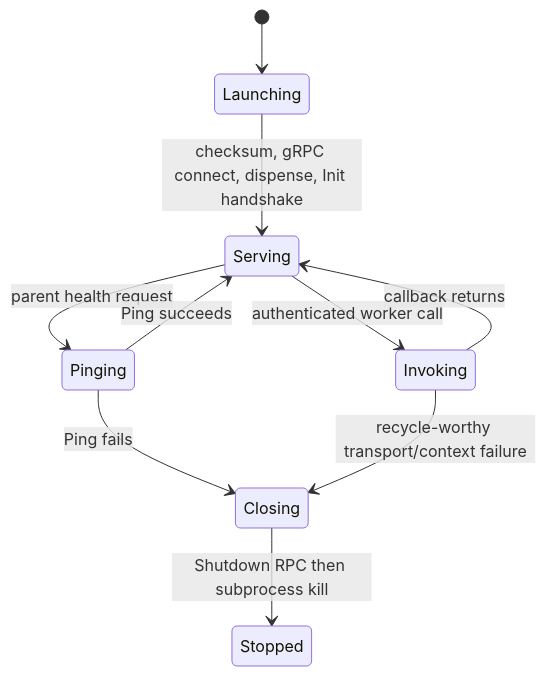
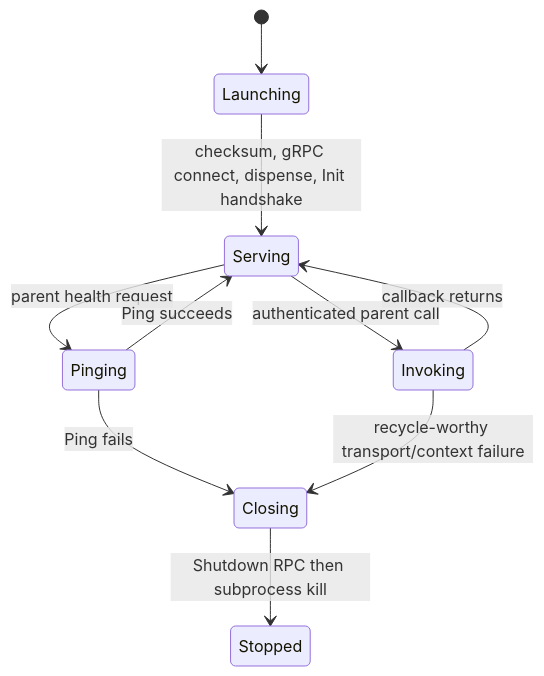
Diagram 13 of 14 in docs/internals/plugin-runtime.md (HarishHary/blink), drawn with Mermaid before and after one commit. The commit also changed other lines of this file and 2 other files, not shown here.

````diff
--- a/docs/internals/plugin-runtime.md
+++ b/docs/internals/plugin-runtime.md
@@ -509,12 +516,12 @@
 ```mermaid
 stateDiagram-v2
     [*] --> Launching
     Launching --> Serving: checksum, gRPC connect, dispense, Init handshake
     Serving --> Pinging: parent health request
     Pinging --> Serving: Ping succeeds
     Pinging --> Closing: Ping fails
-    Serving --> Invoking: authenticated worker call
+    Serving --> Invoking: authenticated parent call
     Invoking --> Serving: callback returns
     Invoking --> Closing: recycle-worthy transport/context failure
     Closing --> Stopped: Shutdown RPC then subprocess kill
 ```
````
